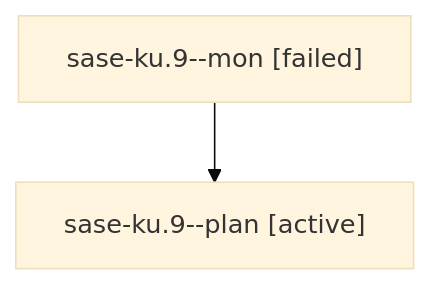
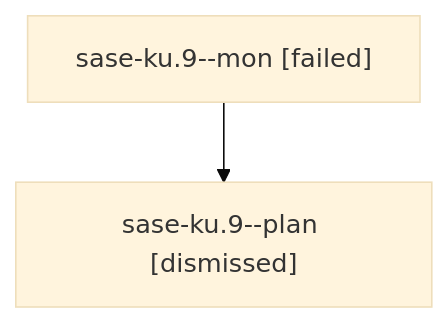
Before and after one commit to sase-org/sase--agents: the diagram in sessions/bbugyi200.athena.sase-ku.9.md, drawn with Mermaid (base theme). The commit also changed other lines of this file and 142 other files, not shown here.

````diff
--- a/sessions/bbugyi200.athena.sase-ku.9.md
+++ b/sessions/bbugyi200.athena.sase-ku.9.md
@@ -9,6 +9,6 @@
 ```mermaid
 flowchart TD
   n0["sase-ku.9--mon [failed]"]
-  n1["sase-ku.9--plan [active]"]
+  n1["sase-ku.9--plan [dismissed]"]
   n0 --> n1
 ```
````
